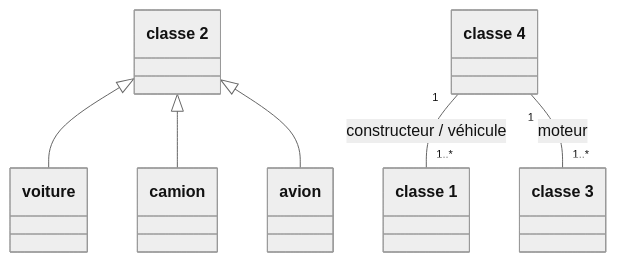
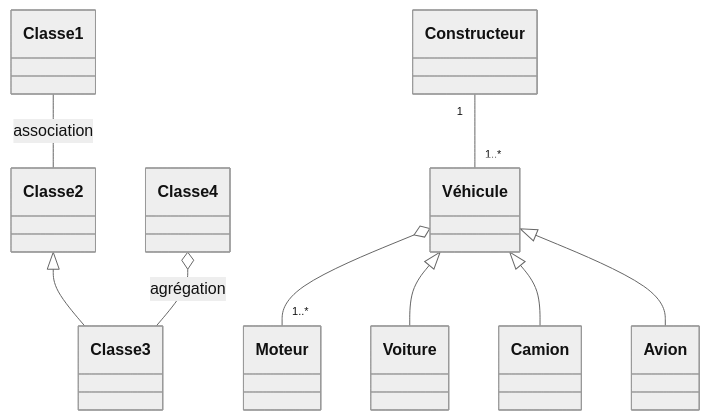
One commit to Yahya8bit/ensi-survival-kit changed diagram 16 of 49 in docs/Year 2/Semester 1/ACOO/Cours/acoo-analyse-modele-structurel.md. Above: the diagram before and after it, drawn with Mermaid (neutral theme). The commit also changed other lines of this file, not shown here.

````diff
--- a/docs/Year 2/Semester 1/ACOO/Cours/acoo-analyse-modele-structurel.md
+++ b/docs/Year 2/Semester 1/ACOO/Cours/acoo-analyse-modele-structurel.md
@@ -426,15 +435,21 @@
 ```mermaid
 classDiagram
-    class classe1["classe 1"]
-    class classe2["classe 2"]
-    class classe3["classe 3"]
-    class classe4["classe 4"]
-    class voiture
-    class camion
-    class avion
-    classe4 "1" -- "1..*" classe1 : constructeur / véhicule
-    classe4 "1" -- "1..*" classe3 : moteur
-    classe2 <|-- voiture
-    classe2 <|-- camion
-    classe2 <|-- avion
+    class Classe1
+    class Classe2
+    class Classe3
+    class Classe4
+    class Constructeur
+    class Véhicule
+    class Moteur
+    class Voiture
+    class Camion
+    class Avion
+    Classe1 -- Classe2 : association
+    Classe2 <|-- Classe3
+    Classe4 o-- Classe3 : agrégation
+    Constructeur "1" -- "1..*" Véhicule
+    Véhicule o-- "1..*" Moteur
+    Véhicule <|-- Voiture
+    Véhicule <|-- Camion
+    Véhicule <|-- Avion
 ```
````
